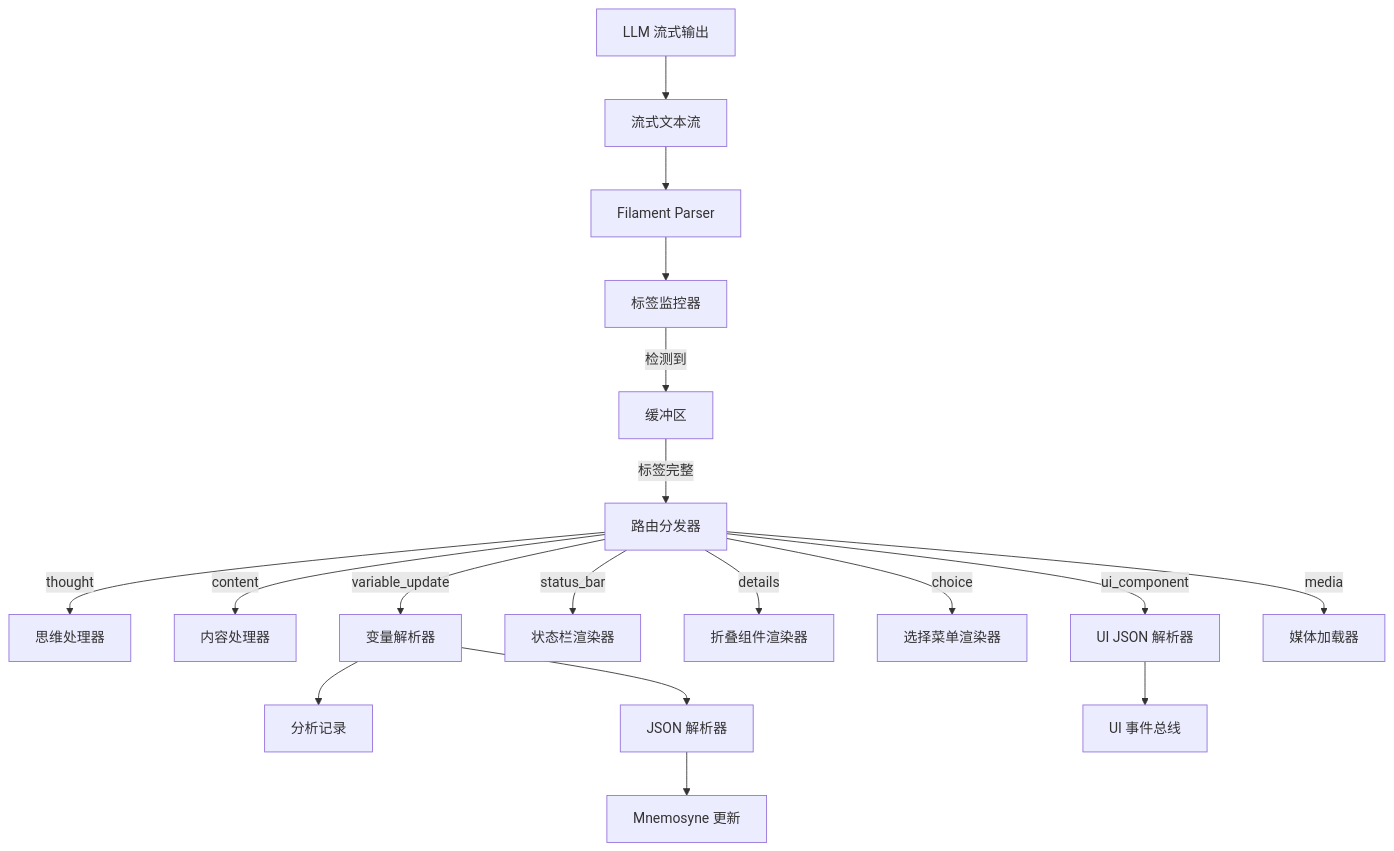
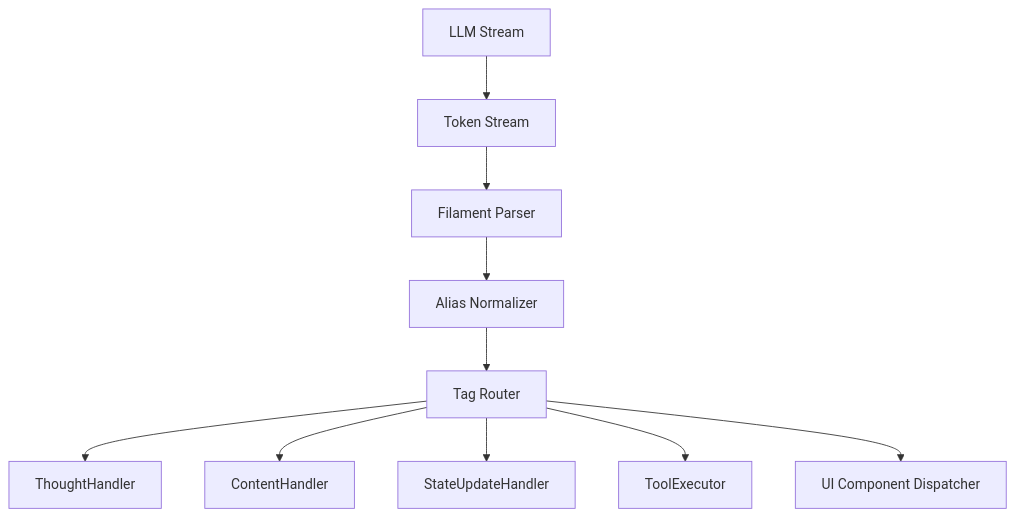
Before and after one commit to Abgetrennter/Clotho-Design: the diagram in 00_active_specs/protocols/filament-parsing-workflow.md, drawn with Mermaid. The commit also changed other lines of this file and 12 other files, not shown here.

````diff
--- a/00_active_specs/protocols/filament-parsing-workflow.md
+++ b/00_active_specs/protocols/filament-parsing-workflow.md
@@ -23,27 +35,14 @@
 ```mermaid
 graph TD
-    LLM[LLM 流式输出] --> Stream[流式文本流]
+    LLM[LLM Stream] --> Stream[Token Stream]
     Stream --> Parser[Filament Parser]
-    
-    Parser --> Monitor[标签监控器]
-    Monitor -->|检测到 <tag>| Buffer[缓冲区]
-    
-    Buffer -->|标签完整| Router[路由分发器]
-    
-    Router -- thought --> ThoughtHandler[思维处理器]
-    Router -- content --> ContentHandler[内容处理器]
-    
-    Router -- variable_update --> VariableParser[变量解析器]
-    VariableParser --> AnalysisHandler[分析记录]
-    VariableParser --> StateParser[JSON 解析器]
-    StateParser --> Mnemosyne[Mnemosyne 更新]
-    
-    Router -- status_bar --> StatusBarRenderer[状态栏渲染器]
-    Router -- details --> DetailsRenderer[折叠组件渲染器]
-    Router -- choice --> ChoiceRenderer[选择菜单渲染器]
-    
-    Router -- ui_component --> UIJSONParser[UI JSON 解析器]
-    UIJSONParser --> UIEventBus[UI 事件总线]
-    
-    Router -- media --> MediaLoader[媒体加载器]
+
+    Parser --> Normalizer[Alias Normalizer]
+    Normalizer --> Router[Tag Router]
+
+    Router --> Thought[ThoughtHandler]
+    Router --> Content[ContentHandler]
+    Router --> State[StateUpdateHandler]
+    Router --> Tool[ToolExecutor]
+    Router --> UI[UI Component Dispatcher]
 ```
````
